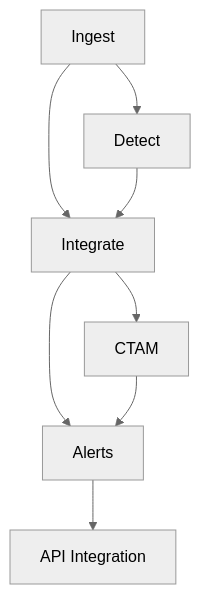
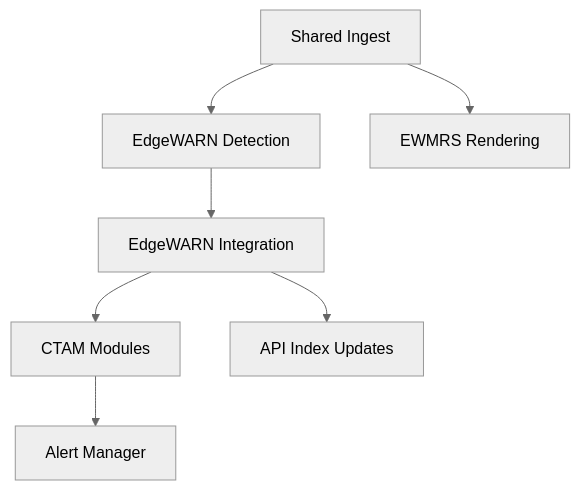
Before and after one commit to ewsofficial/EdgeWARN: the diagram in docs/core/README.md, drawn with Mermaid (neutral theme). The commit also changed other lines of this file and 10 other files, not shown here.

````diff
--- a/docs/core/README.md
+++ b/docs/core/README.md
@@ -76,10 +29,9 @@
 ```mermaid
 graph TD
-    A[Ingest] --> B[Detect]
-    A --> C[Integrate]
-    B --> C
-    C --> D[CTAM]
-    C --> E[Alerts]
-    D --> E
-    E --> F[API Integration]
+    A[Shared Ingest] --> B[EdgeWARN Detection]
+    A --> C[EWMRS Rendering]
+    B --> D[EdgeWARN Integration]
+    D --> E[CTAM Modules]
+    E --> F[Alert Manager]
+    D --> G[API Index Updates]
 ```
````
